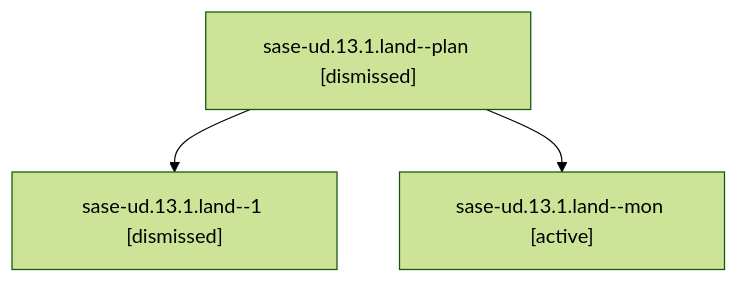
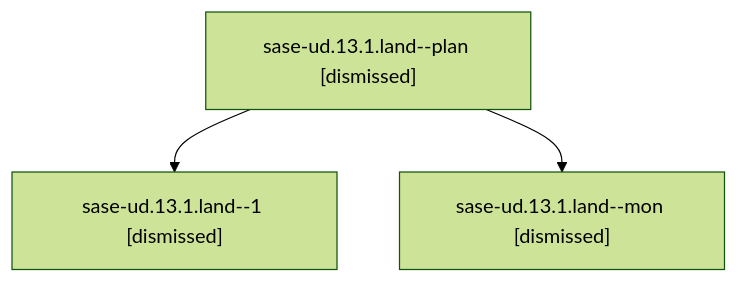
Before and after one commit to sase-org/sase--agents: the diagram in sessions/bbugyi200.athena.sase-ud.13.1.land.md, drawn with Mermaid (forest theme). The commit also changed other lines of this file and 380 other files, not shown here.

````diff
--- a/sessions/bbugyi200.athena.sase-ud.13.1.land.md
+++ b/sessions/bbugyi200.athena.sase-ud.13.1.land.md
@@ -9,8 +9,8 @@
 ```mermaid
 flowchart TD
   n0["sase-ud.13.1.land--plan [dismissed]"]
   n1["sase-ud.13.1.land--1 [dismissed]"]
   n0 --> n1
-  n2["sase-ud.13.1.land--mon [active]"]
+  n2["sase-ud.13.1.land--mon [dismissed]"]
   n0 --> n2
 ```
````
